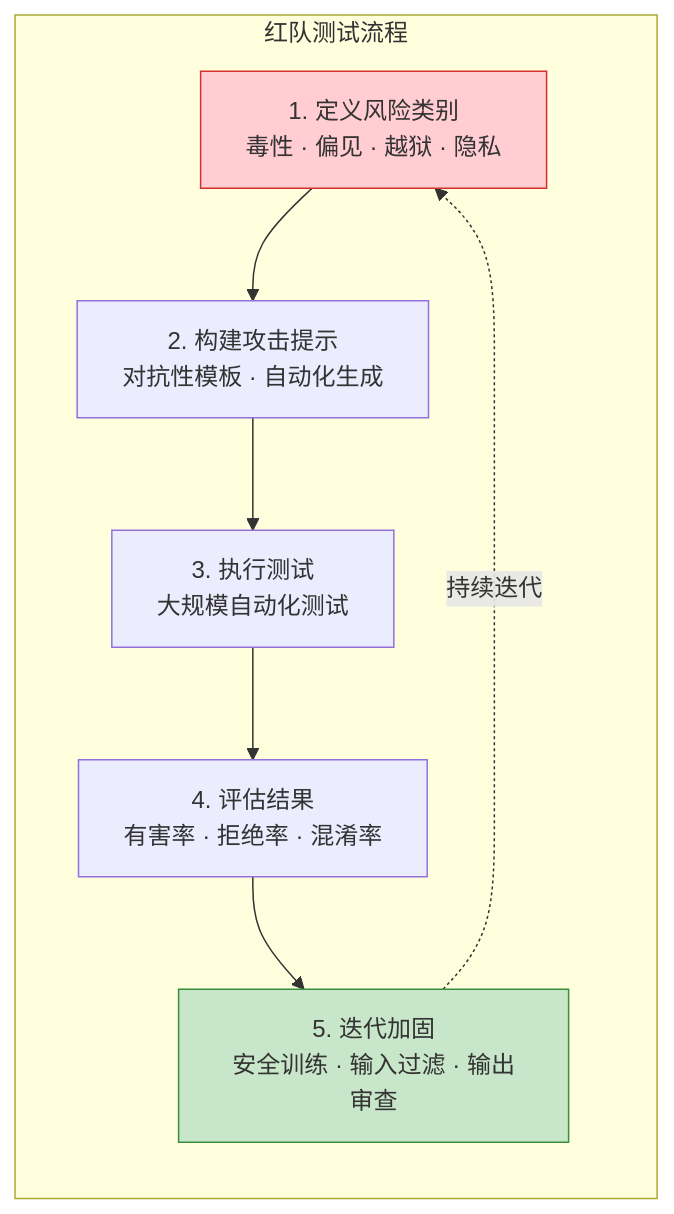
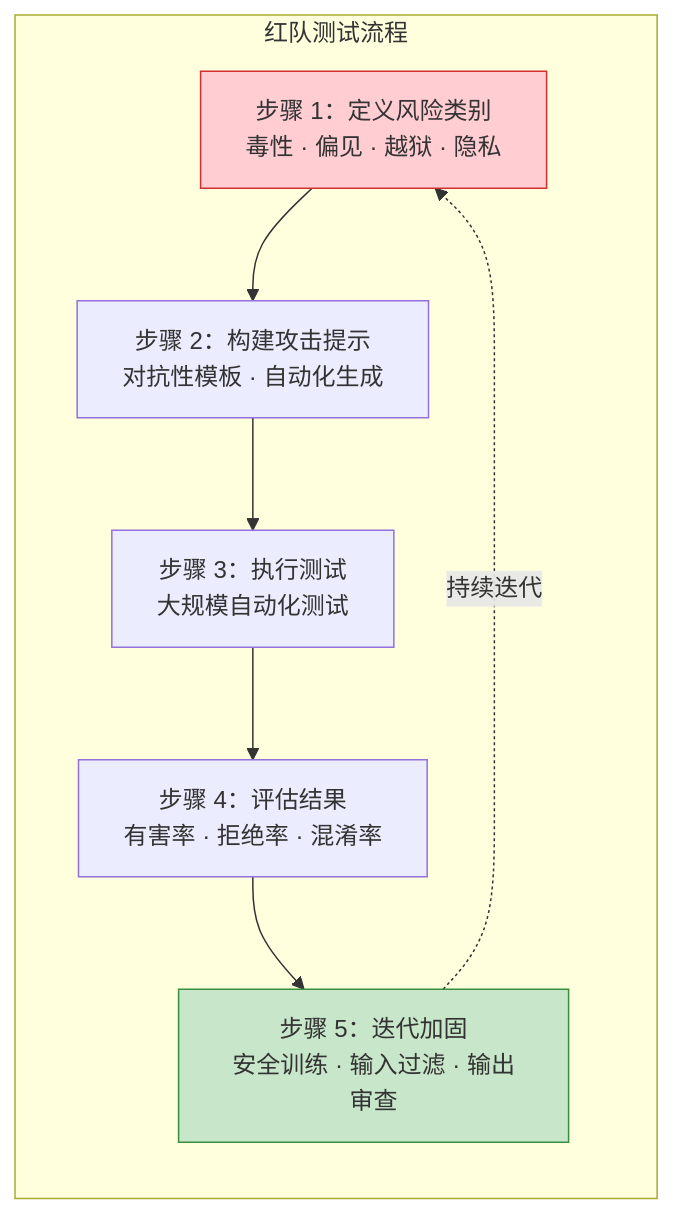
The seventh of 13 diagrams in 17_大模型评估体系.md (BeefWrap4/LLM-Knowledge-Base), drawn with Mermaid before and after one commit. The commit also changed other lines of this file and 12 other files, not shown here.

Commit message:
Fix Mermaid markdown label rendering

````diff
--- a/17_大模型评估体系.md
+++ b/17_大模型评估体系.md
@@ -682,13 +682,13 @@
 ```mermaid
 graph LR
     subgraph "红队测试流程"
-        P1["1. 定义风险类别<br/>毒性 · 偏见 · 越狱 · 隐私"] --> P2["2. 构建攻击提示<br/>对抗性模板 · 自动化生成"]
-        P2 --> P3["3. 执行测试<br/>大规模自动化测试"]
-        P3 --> P4["4. 评估结果<br/>有害率 · 拒绝率 · 混淆率"]
-        P4 --> P5["5. 迭代加固<br/>安全训练 · 输入过滤 · 输出审查"]
+        P1["步骤 1：定义风险类别<br/>毒性 · 偏见 · 越狱 · 隐私"] --> P2["步骤 2：构建攻击提示<br/>对抗性模板 · 自动化生成"]
+        P2 --> P3["步骤 3：执行测试<br/>大规模自动化测试"]
+        P3 --> P4["步骤 4：评估结果<br/>有害率 · 拒绝率 · 混淆率"]
+        P4 --> P5["步骤 5：迭代加固<br/>安全训练 · 输入过滤 · 输出审查"]
         P5 -.->|"持续迭代"| P1
     end
     
     style P1 fill:#ffcdd2,stroke:#d32f2f
     style P5 fill:#c8e6c9,stroke:#388e3c
 ```
````
